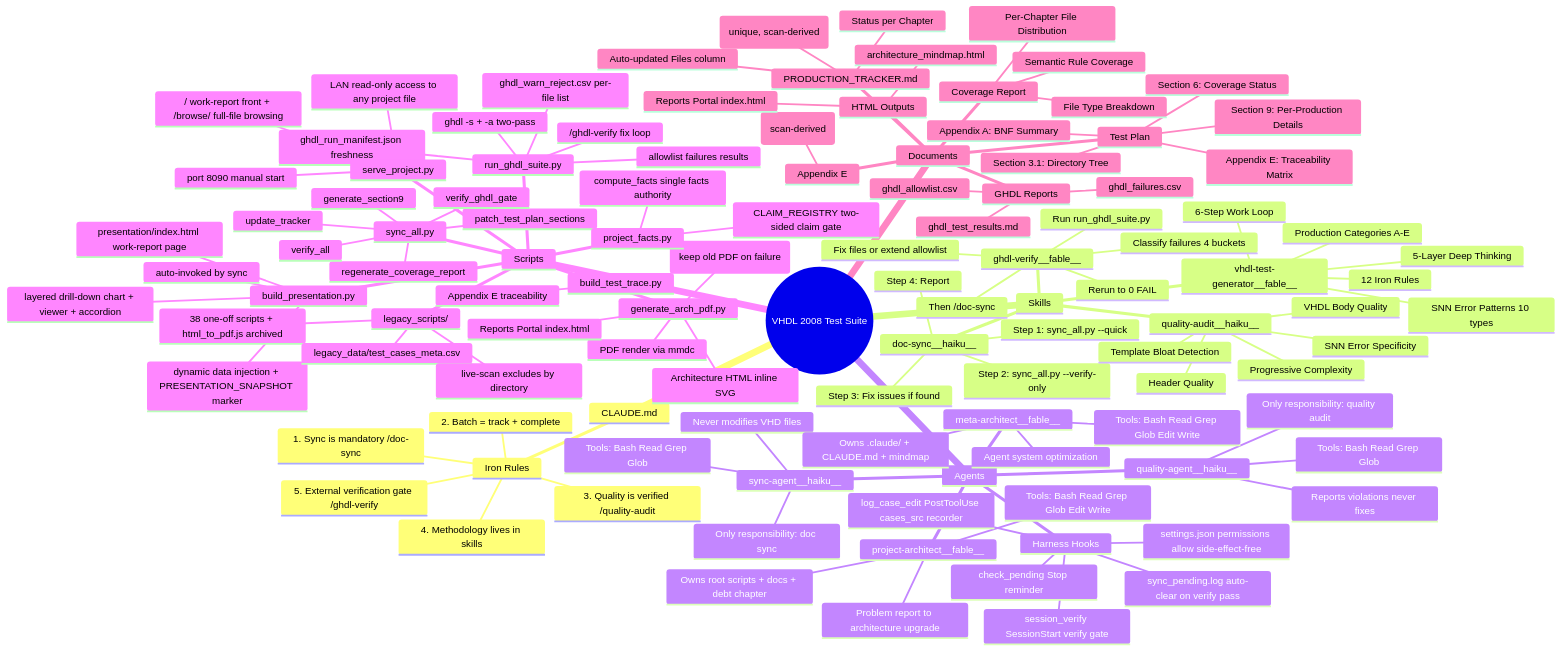
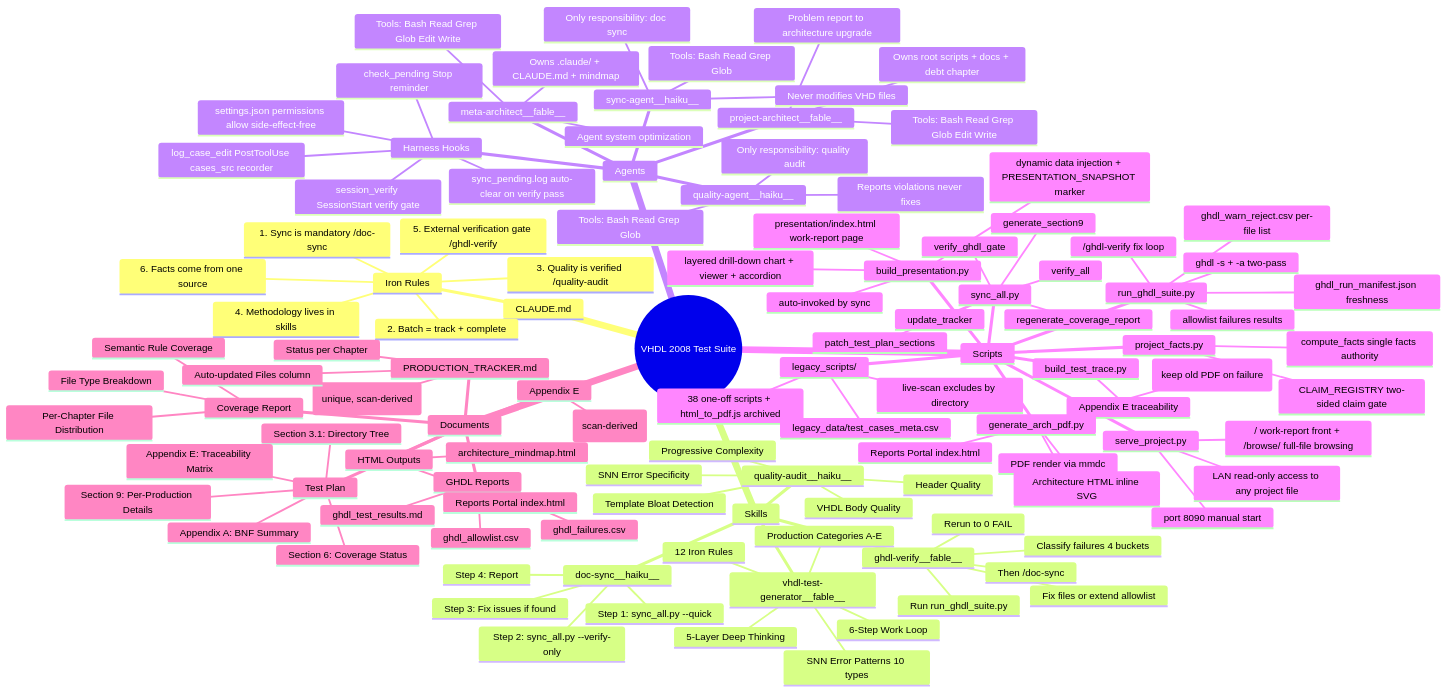
The first of 2 diagrams in vhdl2008_grammar_test/reports/architecture_mindmap.md (aaazcy/vhdl2008-grammar-test-suite), drawn with Mermaid before and after one commit. The commit also changed other lines of this file and 20 other files, not shown here.

```diff
--- a/vhdl2008_grammar_test/reports/architecture_mindmap.md
+++ b/vhdl2008_grammar_test/reports/architecture_mindmap.md
@@ -19,6 +19,7 @@
         3. Quality is verified /quality-audit
         4. Methodology lives in skills
         5. External verification gate /ghdl-verify
+        6. Facts come from one source
     Skills
       vhdl-test-generator__fable__
         12 Iron Rules
```
